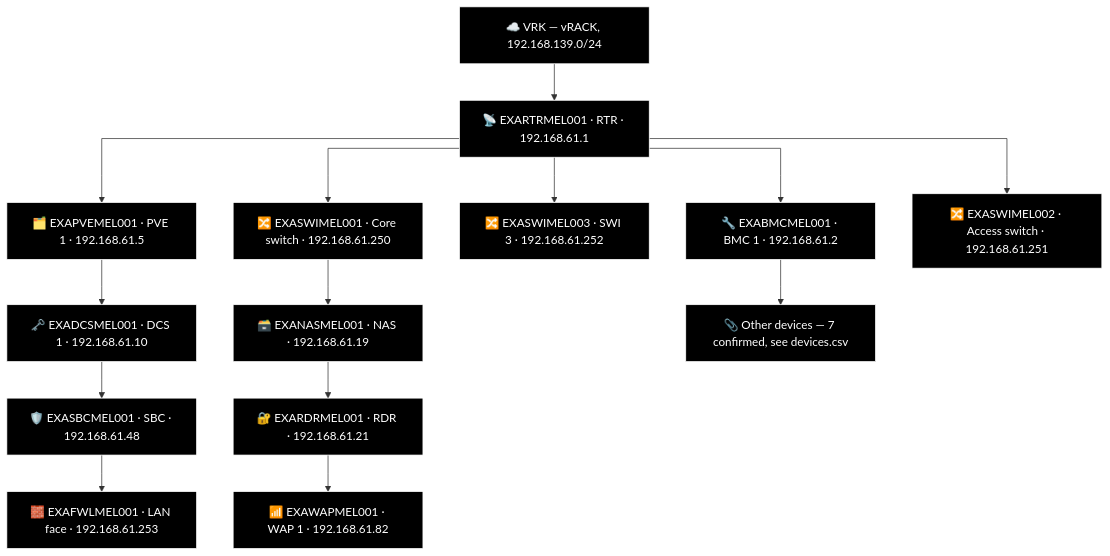
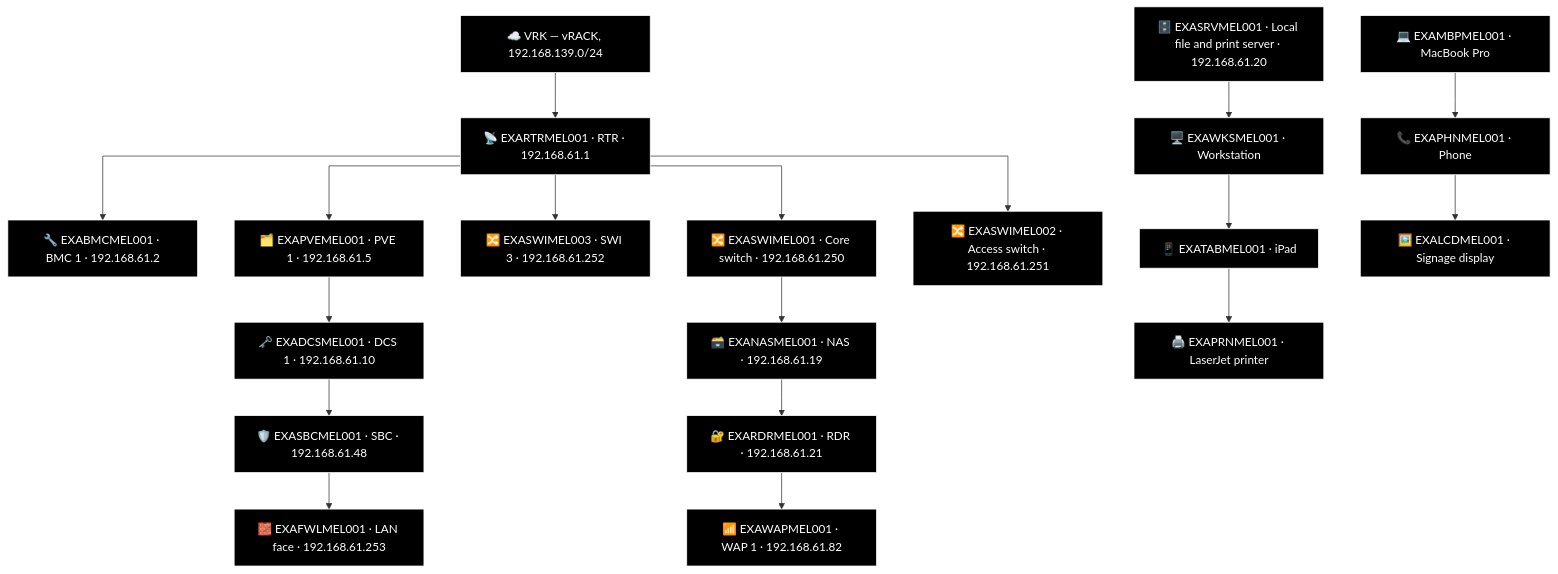
Before and after one commit to knightmare2600/example_music_infra: the fourth of 4 diagrams in docs/network-diagram/australia.md, drawn with Mermaid. The commit also changed other lines of this file and 8 other files, not shown here.

First line of the commit message:
generate_network_diagrams.py: port FAL's two-column "Other" bucket into the generator

````diff
--- a/docs/network-diagram/australia.md
+++ b/docs/network-diagram/australia.md
@@ -149,43 +166,56 @@
 ```mermaid
 %% GENERATED:TOPOLOGY:MEL:START
 %%{init: {'flowchart': {'curve': 'stepAfter'}}}%%
 graph TD
     T_VRK["☁️ VRK — vRACK, 192.168.139.0/24"]
     T_RTR["📡 EXARTRMEL001 · RTR · 192.168.61.1"]
     T_VRK --> T_RTR
     T_BMC["🔧 EXABMCMEL001 · BMC 1 · 192.168.61.2"]
     T_RTR --> T_BMC
     T_PVE["🗂️ EXAPVEMEL001 · PVE 1 · 192.168.61.5"]
     T_RTR --> T_PVE
     T_SWI["🔀 EXASWIMEL003 · SWI 3 · 192.168.61.252"]
     T_RTR --> T_SWI
     T_SWI2["🔀 EXASWIMEL001 · Core switch · 192.168.61.250"]
     T_RTR --> T_SWI2
     T_SWI3["🔀 EXASWIMEL002 · Access switch · 192.168.61.251"]
     T_RTR --> T_SWI3
     T_NAS["🗃️ EXANASMEL001 · NAS · 192.168.61.19"]
     T_RDR["🔐 EXARDRMEL001 · RDR · 192.168.61.21"]
     T_WAP["📶 EXAWAPMEL001 · WAP 1 · 192.168.61.82"]
     T_SWI2 --> T_NAS --> T_RDR --> T_WAP
     T_DCS["🗝️ EXADCSMEL001 · DCS 1 · 192.168.61.10"]
     T_SBC["🛡️ EXASBCMEL001 · SBC · 192.168.61.48"]
     T_FWL["🧱 EXAFWLMEL001 · LAN face · 192.168.61.253"]
     T_PVE --> T_DCS --> T_SBC --> T_FWL
-    T_OTHER["📎 Other devices — 7 confirmed, see devices.csv"]
-    T_BMC --> T_OTHER
+    T_SRV["🗄️ EXASRVMEL001 · Local file and print server · 192.168.61.20"]
+    T_MBP["💻 EXAMBPMEL001 · MacBook Pro"]
+    T_WKS["🖥️ EXAWKSMEL001 · Workstation"]
+    T_PHN["📞 EXAPHNMEL001 · Phone"]
+    T_TAB["📱 EXATABMEL001 · iPad"]
+    T_LCD["🖼️ EXALCDMEL001 · Signage display"]
+    T_PRN["🖨️ EXAPRNMEL001 · LaserJet printer"]
+    T_SRV --> T_WKS --> T_TAB --> T_PRN
+    T_MBP --> T_PHN --> T_LCD
     style T_VRK fill:#000000,stroke:#FFFFFF,color:#FFFFFF
     style T_RTR fill:#000000,stroke:#FFFFFF,color:#FFFFFF
     style T_BMC fill:#000000,stroke:#FFFFFF,color:#FFFFFF
     style T_PVE fill:#000000,stroke:#FFFFFF,color:#FFFFFF
     style T_SWI fill:#000000,stroke:#FFFFFF,color:#FFFFFF
     style T_SWI2 fill:#000000,stroke:#FFFFFF,color:#FFFFFF
     style T_SWI3 fill:#000000,stroke:#FFFFFF,color:#FFFFFF
     style T_NAS fill:#000000,stroke:#FFFFFF,color:#FFFFFF
     style T_RDR fill:#000000,stroke:#FFFFFF,color:#FFFFFF
     style T_WAP fill:#000000,stroke:#FFFFFF,color:#FFFFFF
     style T_DCS fill:#000000,stroke:#FFFFFF,color:#FFFFFF
     style T_SBC fill:#000000,stroke:#FFFFFF,color:#FFFFFF
     style T_FWL fill:#000000,stroke:#FFFFFF,color:#FFFFFF
-    style T_OTHER fill:#000000,stroke:#FFFFFF,color:#FFFFFF
+    style T_SRV fill:#000000,stroke:#FFFFFF,color:#FFFFFF
+    style T_MBP fill:#000000,stroke:#FFFFFF,color:#FFFFFF
+    style T_WKS fill:#000000,stroke:#FFFFFF,color:#FFFFFF
+    style T_PHN fill:#000000,stroke:#FFFFFF,color:#FFFFFF
+    style T_TAB fill:#000000,stroke:#FFFFFF,color:#FFFFFF
+    style T_LCD fill:#000000,stroke:#FFFFFF,color:#FFFFFF
+    style T_PRN fill:#000000,stroke:#FFFFFF,color:#FFFFFF
 %% GENERATED:TOPOLOGY:MEL:END
 ```
````
